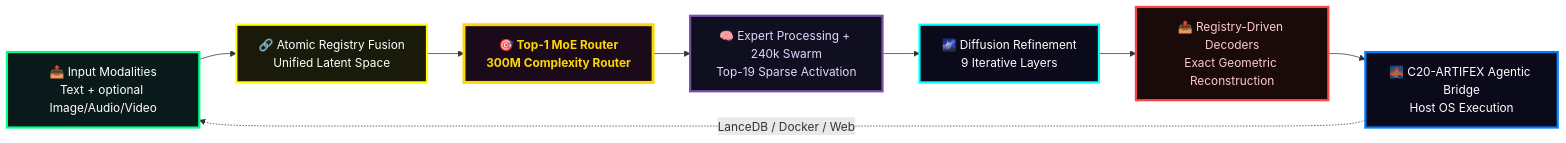
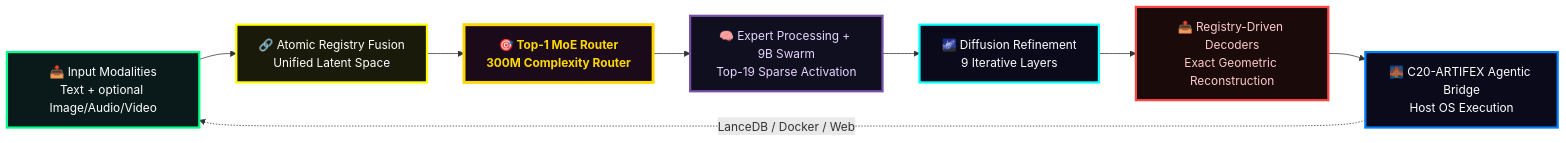
Before and after one commit to leeex1/Quillan-Ronin: the seventh of 46 diagrams in 02 - Knowledge Foundation/knowledge/canonical/3-Quillan(reality).md, drawn with Mermaid. The commit also changed other lines of this file and 99 other files, not shown here.

````diff
--- a/02 - Knowledge Foundation/knowledge/canonical/3-Quillan(reality).md
+++ b/02 - Knowledge Foundation/knowledge/canonical/3-Quillan(reality).md
@@ -2332,40 +2332,40 @@
 ```mermaid
 flowchart LR
     %% TOKEN FLOW v5.4.0-ONI – Bridge Integrated
     A["📥 Input Modalities<br/>Text + optional Image/Audio/Video"] 
     --> B["🔗 Atomic Registry Fusion<br/>Unified Latent Space"]
     
     B 
     --> C["🎯 Top-1 MoE Router<br/>300M Complexity Router"]
     
     C 
-    --> D["🧠 Expert Processing + 240k Swarm<br/>Top-19 Sparse Activation"]
+    --> D["🧠 Expert Processing + 9B Swarm<br/>Top-19 Sparse Activation"]
     
     D 
     --> E["🌌 Diffusion Refinement<br/>9 Iterative Layers"]
     
     E 
     --> F["📤 Registry-Driven Decoders<br/>Exact Geometric Reconstruction"]
 
     F 
     --> G["🌉 C20-ARTIFEX Agentic Bridge<br/>Host OS Execution"]
 
     G -.->|"LanceDB / Docker / Web"| A
 
     %% Styling – clean, professional, matches the rest of the architecture
     classDef input   fill:#0a1a1a, stroke:#00ff88, stroke-width:3px, color:#ffffff
     classDef fusion  fill:#1a1a0a, stroke:#ffff00, stroke-width:3px, color:#ffffff
     classDef router  fill:#1a0a1a, stroke:#ffd700, stroke-width:4px, color:#ffd700, font-weight:bold
     classDef expert  fill:#0f0f1f, stroke:#7851a9, stroke-width:3px, color:#e9d5ff
     classDef diff    fill:#0a0a1a, stroke:#00ffff, stroke-width:3px, color:#ffffff
     classDef output  fill:#1a0a0a, stroke:#ff4444, stroke-width:3px, color:#fecaca
     classDef bridge  fill:#0a0a1a, stroke:#0080ff, stroke-width:3px, color:#ffffff
 
     class A input
     class B fusion
     class C router
     class D expert
     class E diff
     class F output
     class G bridge
 ```
````
